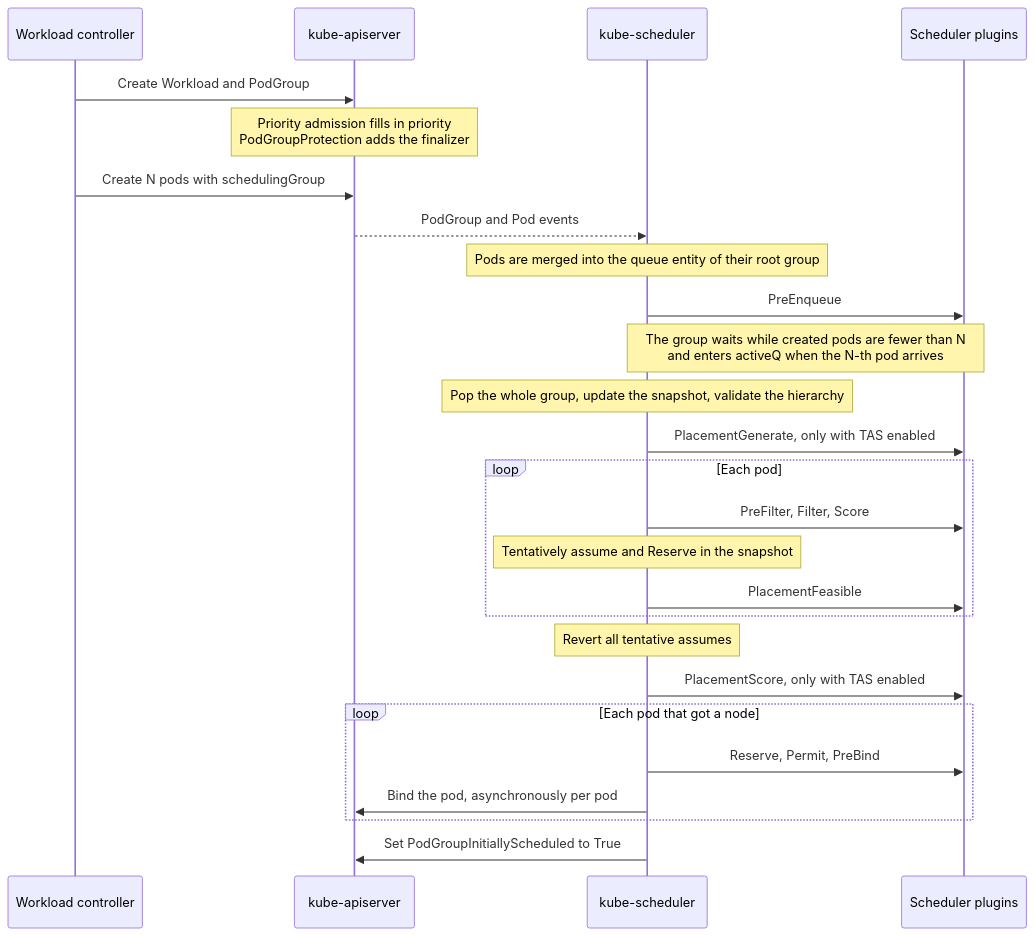
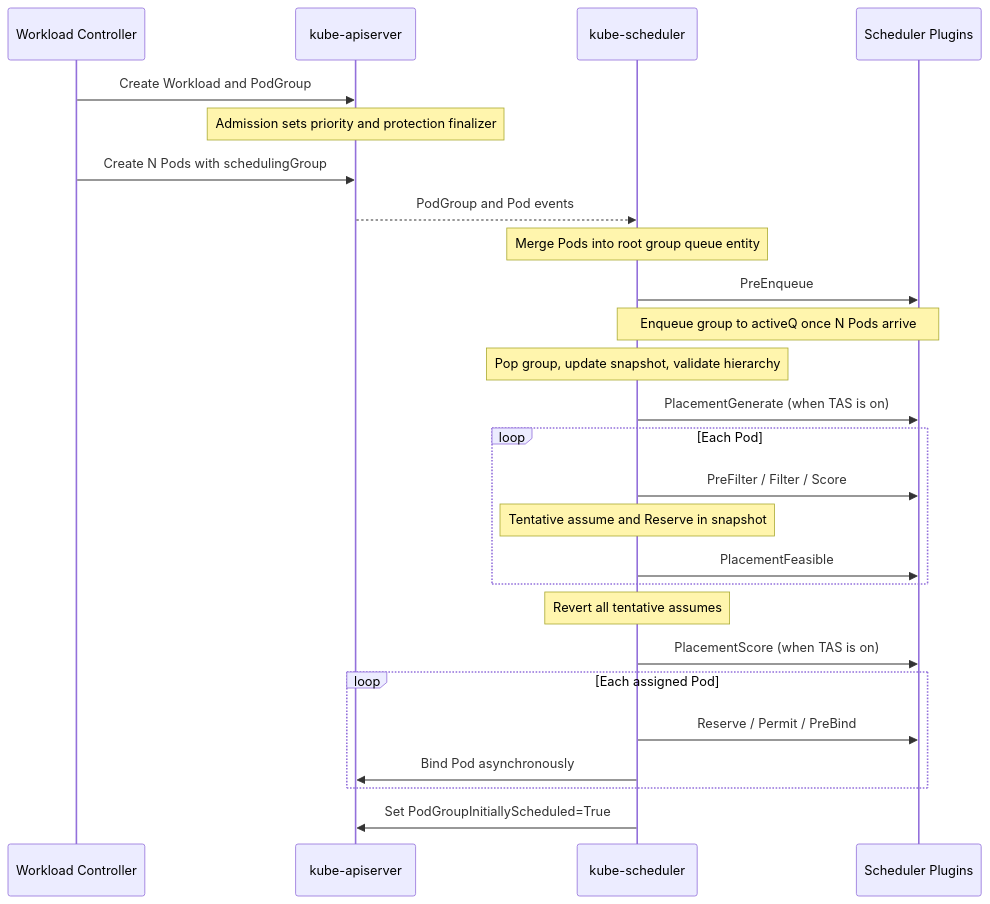
Before and after one commit to JesseStutler/volcano: the fourth of 15 diagrams in docs/research/k8s-workload-aware-scheduling-vs-volcano.md, drawn with Mermaid. The commit also changed other lines of this file and 1 other file, not shown here.

First line of the commit message:
docs: improve readability of upstream PodGroup vs Volcano report

````diff
--- a/docs/research/k8s-workload-aware-scheduling-vs-volcano.md
+++ b/docs/research/k8s-workload-aware-scheduling-vs-volcano.md
@@ -182,29 +150,29 @@
 ```mermaid
 sequenceDiagram
-    participant C as Workload controller
+    participant C as Workload Controller
     participant A as kube-apiserver
     participant S as kube-scheduler
-    participant P as Scheduler plugins
+    participant P as Scheduler Plugins
 
     C->>A: Create Workload and PodGroup
-    Note over A: Priority admission fills in priority<br/>PodGroupProtection adds the finalizer
-    C->>A: Create N pods with schedulingGroup
+    Note over A: Admission sets priority and protection finalizer
+    C->>A: Create N Pods with schedulingGroup
     A-->>S: PodGroup and Pod events
-    Note over S: Pods are merged into the queue entity of their root group
+    Note over S: Merge Pods into root group queue entity
     S->>P: PreEnqueue
-    Note over S,P: The group waits while created pods are fewer than N<br/>and enters activeQ when the N-th pod arrives
-    Note over S: Pop the whole group, update the snapshot, validate the hierarchy
-    S->>P: PlacementGenerate, only with TAS enabled
-    loop Each pod
-        S->>P: PreFilter, Filter, Score
-        Note over S: Tentatively assume and Reserve in the snapshot
+    Note over S,P: Enqueue group to activeQ once N Pods arrive
+    Note over S: Pop group, update snapshot, validate hierarchy
+    S->>P: PlacementGenerate (when TAS is on)
+    loop Each Pod
+        S->>P: PreFilter / Filter / Score
+        Note over S: Tentative assume and Reserve in snapshot
         S->>P: PlacementFeasible
     end
     Note over S: Revert all tentative assumes
-    S->>P: PlacementScore, only with TAS enabled
-    loop Each pod that got a node
-        S->>P: Reserve, Permit, PreBind
-        S->>A: Bind the pod, asynchronously per pod
+    S->>P: PlacementScore (when TAS is on)
+    loop Each assigned Pod
+        S->>P: Reserve / Permit / PreBind
+        S->>A: Bind Pod asynchronously
     end
-    S->>A: Set PodGroupInitiallyScheduled to True
+    S->>A: Set PodGroupInitiallyScheduled=True
 ```
````
